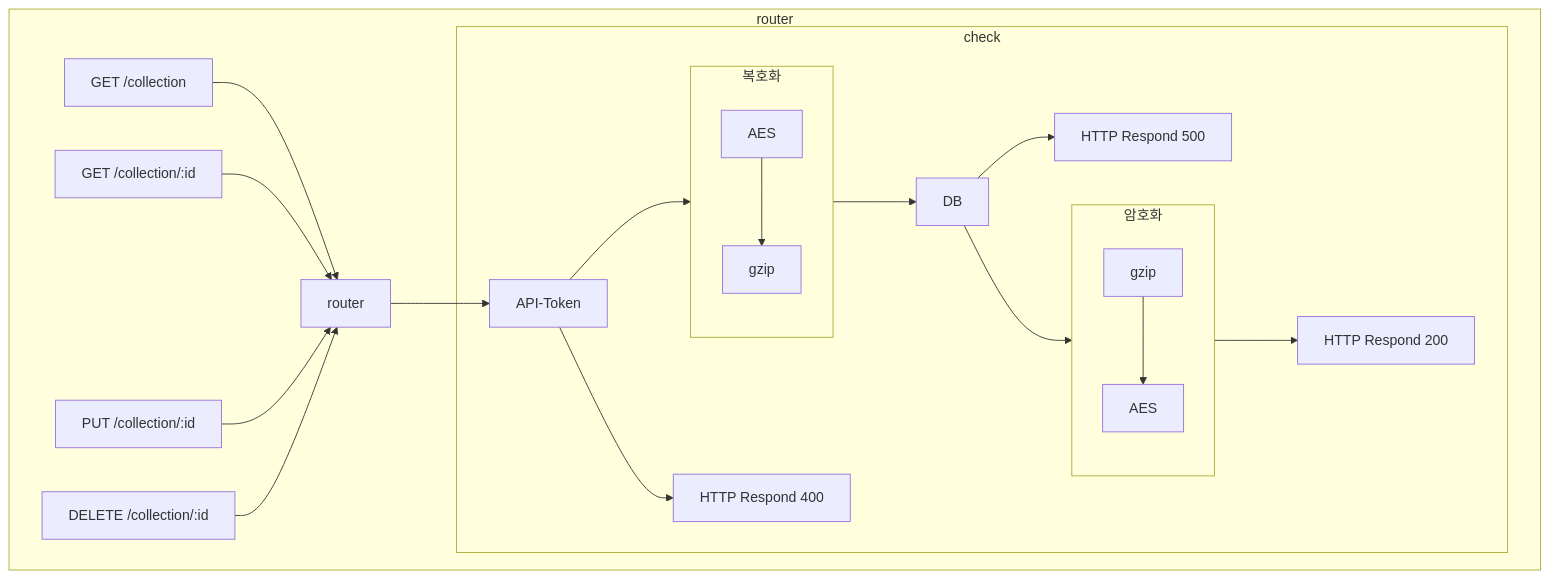
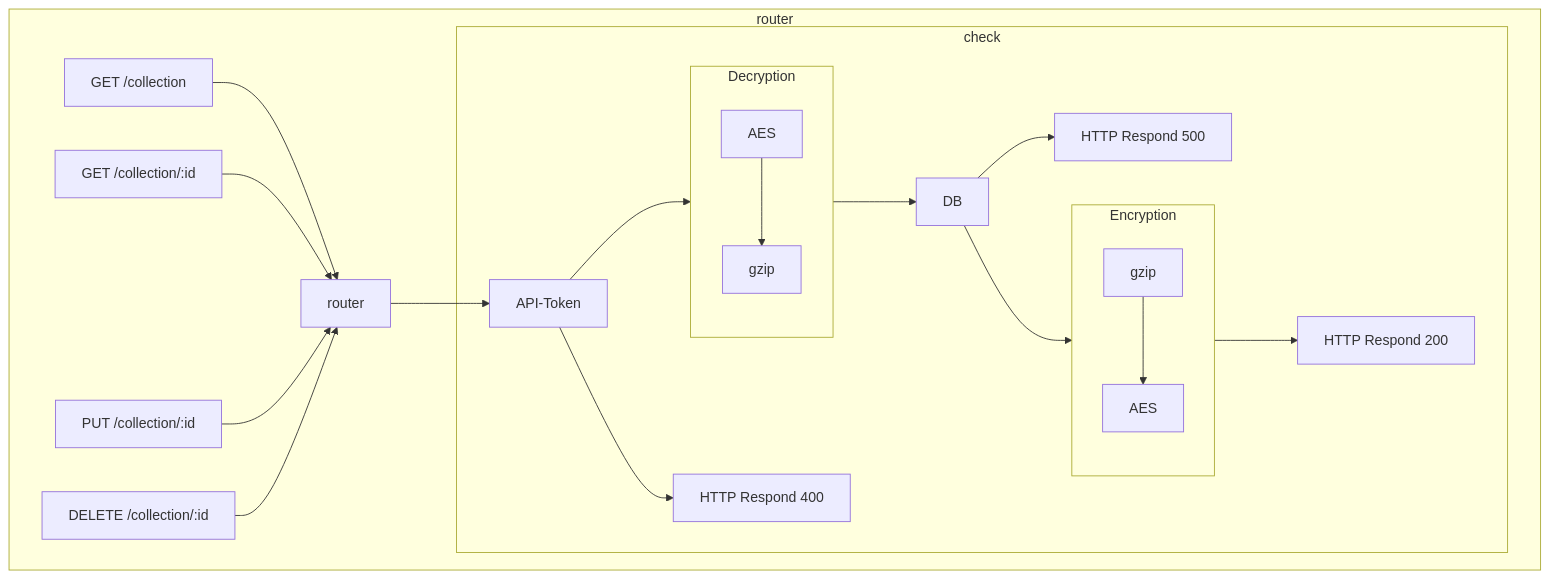
One commit to fluffy-melli/MoliDB changed the second of 3 diagrams in README.md. Above: the diagram before and after it, drawn with Mermaid. The commit also changed other lines of this file and 1 other file, not shown here.

````diff
--- a/README.md
+++ b/README.md
@@ -144,22 +146,22 @@
 ```mermaid
 graph TD
-    subgraph crypto[암호화]
+    subgraph crypto[Encryption]
         GZIP[gzip] --> AES[AES]
     end
-    subgraph ccrypto[복호화]
+    subgraph ccrypto[Decryption]
         CAES[AES] --> CGZIP[gzip]
     end
     subgraph router
         GET_collection[GET /collection] --> input[router]
         GET_collection_id[GET /collection/:id] --> input
         PUT_collection_id[PUT /collection/:id] --> input
         DELETE_collection_id[DELETE /collection/:id] --> input
         input --> error
         subgraph check
             error[API-Token]
             error --> Respond0[HTTP Respond 400]
             error --> ccrypto  --> DB --> crypto --> Respond1[HTTP Respond 200]
             DB --> Respond2[HTTP Respond 500]
         end
     end
 ```
````
